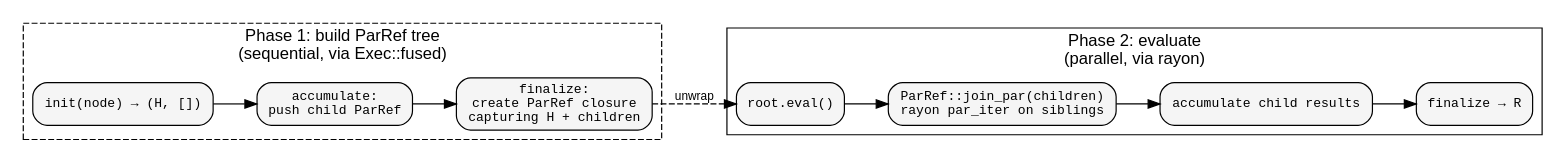
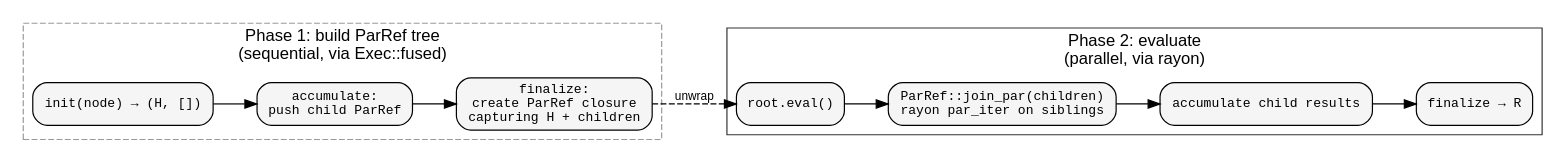
The second of 3 diagrams in book/src/cookbook/parallel_execution.md (hylic-recursion/hylic-docs), drawn with Graphviz before and after one commit. The commit also changed other lines of this file and 2 other files, not shown here.

Commit message:
Fix P0 issues, DOT colors, mdbook build path, Makefile targets
- Snapshot include paths: use explicit snap names (5 fixes)
- N:Clone table: all approaches require it
- DOT colors: 3-digit hex → 6-digit (graphviz compat)
- mdbook build runs from book/ directory (was failing from root)
- intro.md: remove broken placeholder URL
- Makefile: hylic-docs-build, hylic-docs-serve, hylic-docs-open

````diff
--- a/book/src/cookbook/parallel_execution.md
+++ b/book/src/cookbook/parallel_execution.md
@@ -55,28 +55,28 @@
 ```dot process
 digraph {
     rankdir=LR;
     node [shape=box, style="rounded,filled", fillcolor="#f5f5f5", fontname="monospace", fontsize=11];
     edge [fontname="sans-serif", fontsize=10];
 
     subgraph cluster_p1 {
         label="Phase 1: build ParRef tree\n(sequential, via Exec::fused)";
-        style=dashed; color="#999"; fontname="sans-serif";
+        style=dashed; color="#999999"; fontname="sans-serif";
         init1 [label="init(node) → (H, [])"];
         acc1  [label="accumulate:\npush child ParRef"];
         fin1  [label="finalize:\ncreate ParRef closure\ncapturing H + children"];
         init1 -> acc1 -> fin1;
     }
 
     subgraph cluster_p2 {
         label="Phase 2: evaluate\n(parallel, via rayon)";
-        style=solid; color="#333"; fontname="sans-serif";
+        style=solid; color="#333333"; fontname="sans-serif";
         eval [label="root.eval()"];
         join [label="ParRef::join_par(children)\nrayon par_iter on siblings"];
         accf [label="accumulate child results"];
         finf [label="finalize → R"];
         eval -> join -> accf -> finf;
     }
 
     fin1 -> eval [style=dashed, label="unwrap"];
 }
 ```
````
